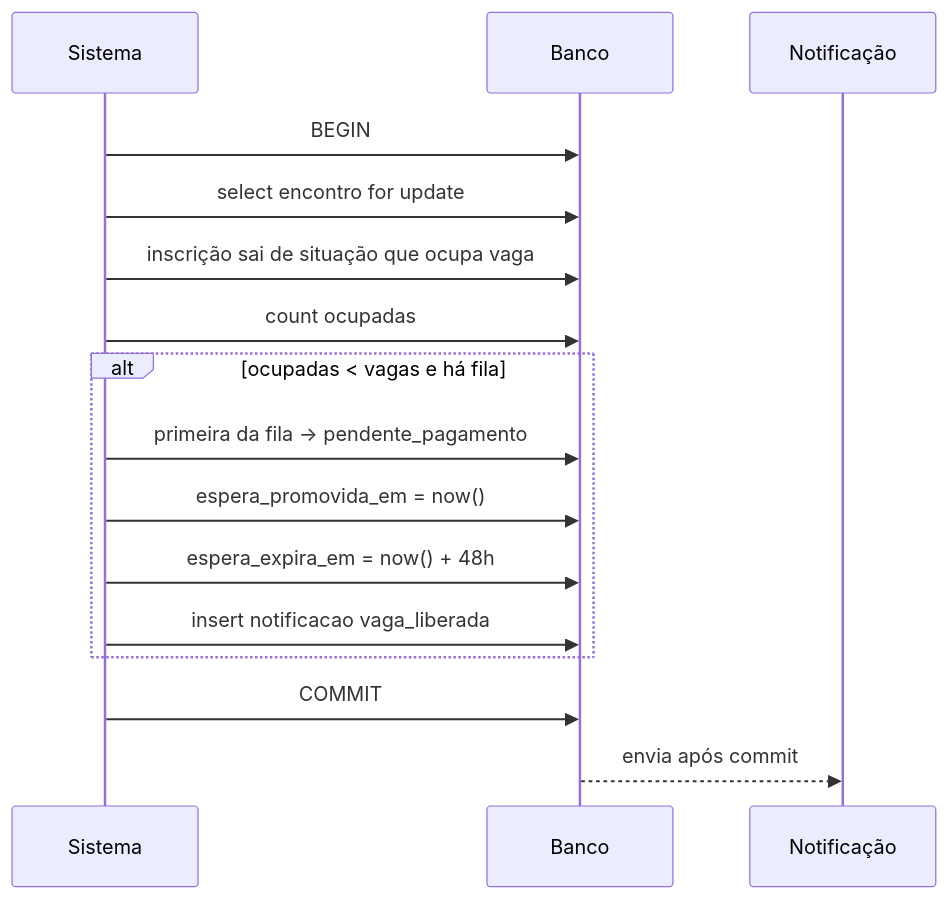
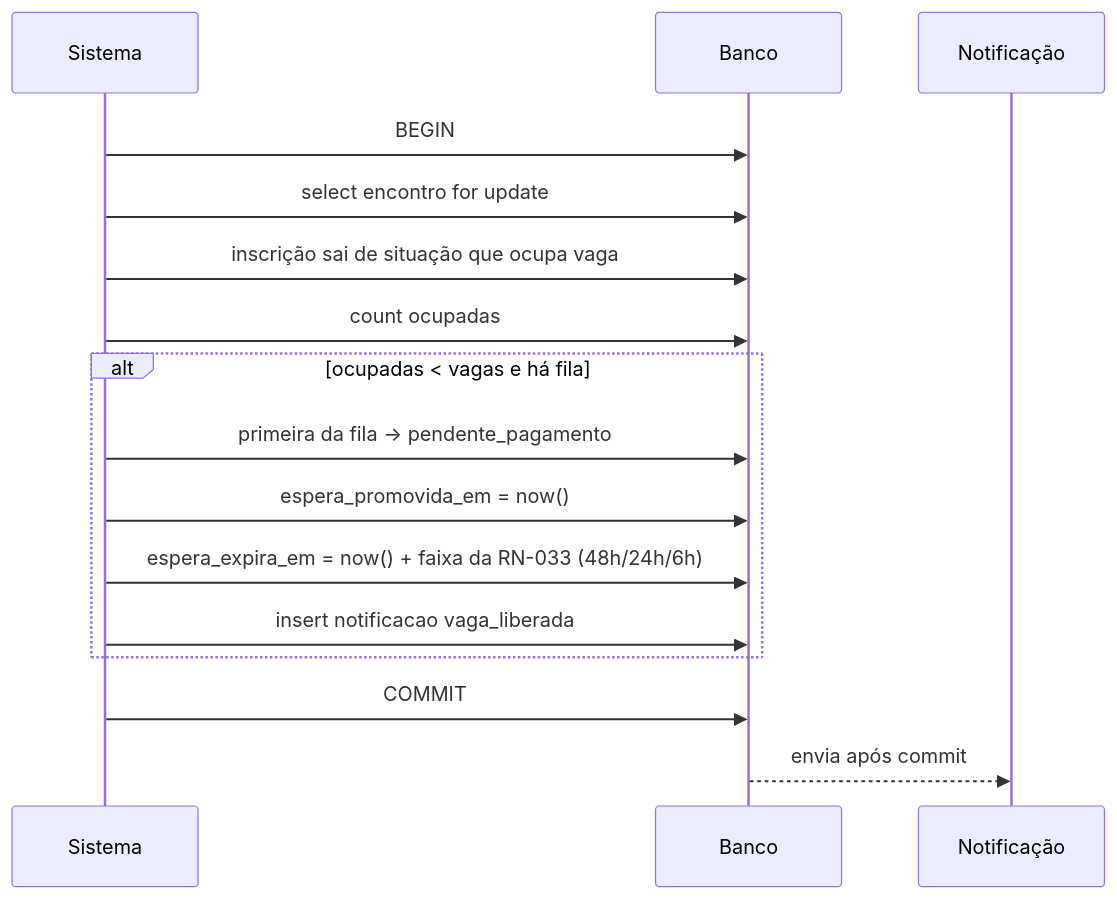
The diagram in specs/fase-1/05-lista-de-espera.md (fergiraldi/retiros-platform), drawn with Mermaid before and after one commit. The commit also changed other lines of this file and 8 other files, not shown here.

````diff
--- a/specs/fase-1/05-lista-de-espera.md
+++ b/specs/fase-1/05-lista-de-espera.md
@@ -81,19 +82,19 @@
 ```mermaid
 sequenceDiagram
     participant S as Sistema
     participant B as Banco
     participant N as Notificação
 
     S->>B: BEGIN
     S->>B: select encontro for update
     S->>B: inscrição sai de situação que ocupa vaga
     S->>B: count ocupadas
     alt ocupadas < vagas e há fila
         S->>B: primeira da fila → pendente_pagamento
         S->>B: espera_promovida_em = now()
-        S->>B: espera_expira_em = now() + 48h
+        S->>B: espera_expira_em = now() + faixa da RN-033 (48h/24h/6h)
         S->>B: insert notificacao vaga_liberada
     end
     S->>B: COMMIT
     B-->>N: envia após commit
 ```
````
